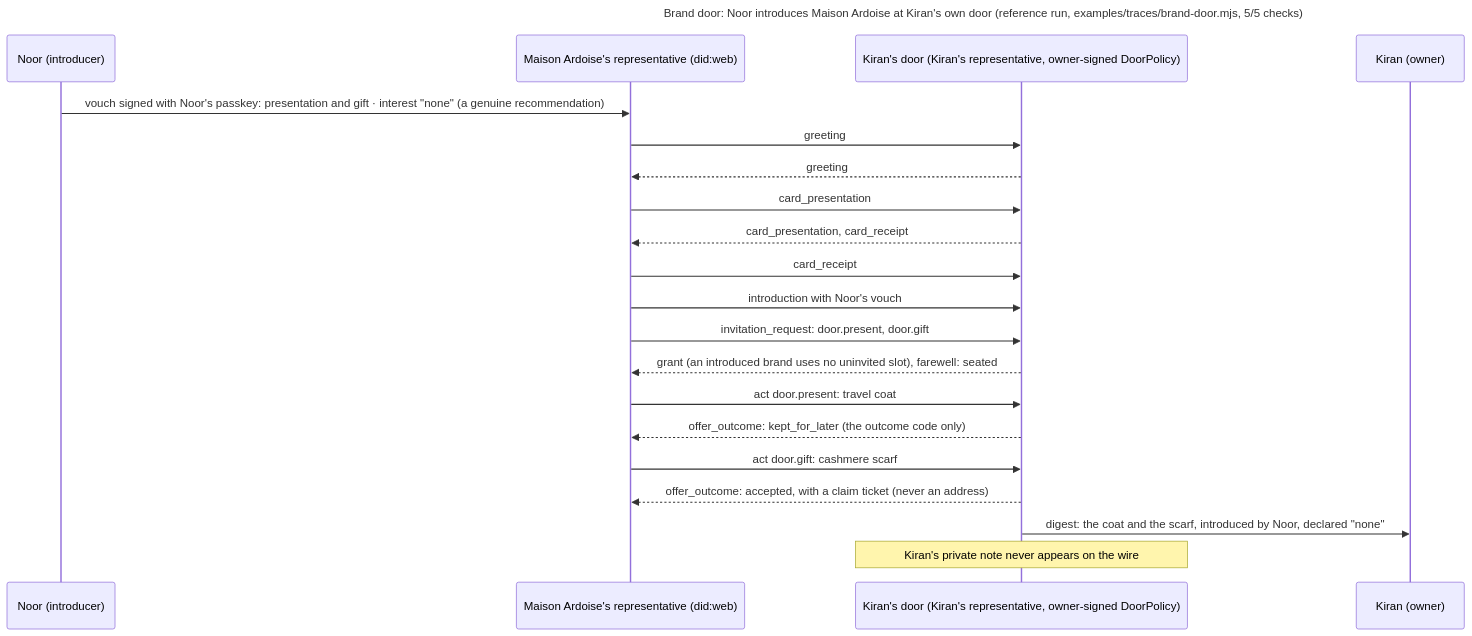
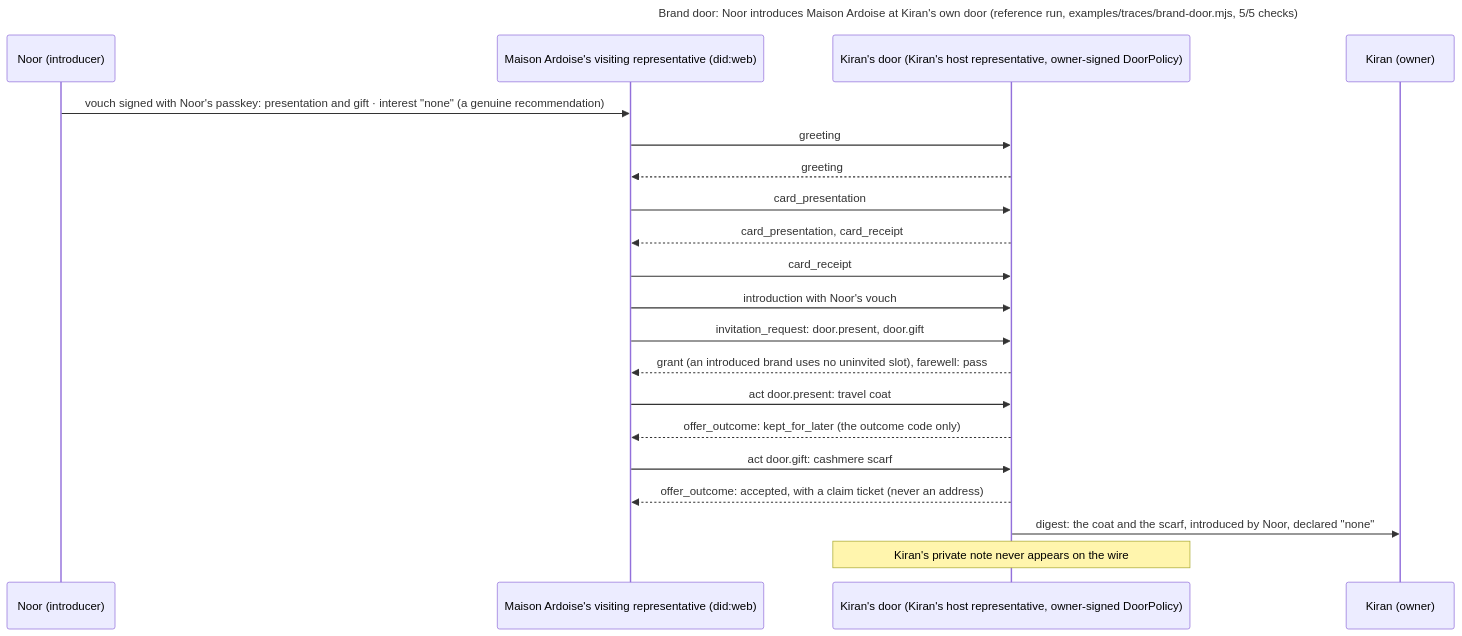
Before and after one commit to Kigenka/shokai: the diagram in examples/diagrams/src/brand-door.mmd, drawn with Mermaid. The commit also changed 618 other files, not shown here.

```diff
--- a/examples/diagrams/src/brand-door.mmd
+++ b/examples/diagrams/src/brand-door.mmd
@@ -1,21 +1,21 @@
 sequenceDiagram
   title Brand door: Noor introduces Maison Ardoise at Kiran's own door (reference run, examples/traces/brand-door.mjs, 5/5 checks)
   participant N as Noor (introducer)
-  participant B as Maison Ardoise's representative (did:web)
-  participant D as Kiran's door (Kiran's representative, owner-signed DoorPolicy)
+  participant B as Maison Ardoise's visiting representative (did:web)
+  participant D as Kiran's door (Kiran's host representative, owner-signed DoorPolicy)
   participant K as Kiran (owner)
   N->>B: vouch signed with Noor's passkey: presentation and gift · interest "none" (a genuine recommendation)
   B->>D: greeting
   D-->>B: greeting
   B->>D: card_presentation
   D-->>B: card_presentation, card_receipt
   B->>D: card_receipt
   B->>D: introduction with Noor's vouch
   B->>D: invitation_request: door.present, door.gift
-  D-->>B: grant (an introduced brand uses no uninvited slot), farewell: seated
+  D-->>B: grant (an introduced brand uses no uninvited slot), farewell: pass
   B->>D: act door.present: travel coat
   D-->>B: offer_outcome: kept_for_later (the outcome code only)
   B->>D: act door.gift: cashmere scarf
   D-->>B: offer_outcome: accepted, with a claim ticket (never an address)
   D->>K: digest: the coat and the scarf, introduced by Noor, declared "none"
   Note over D: Kiran's private note never appears on the wire
```
